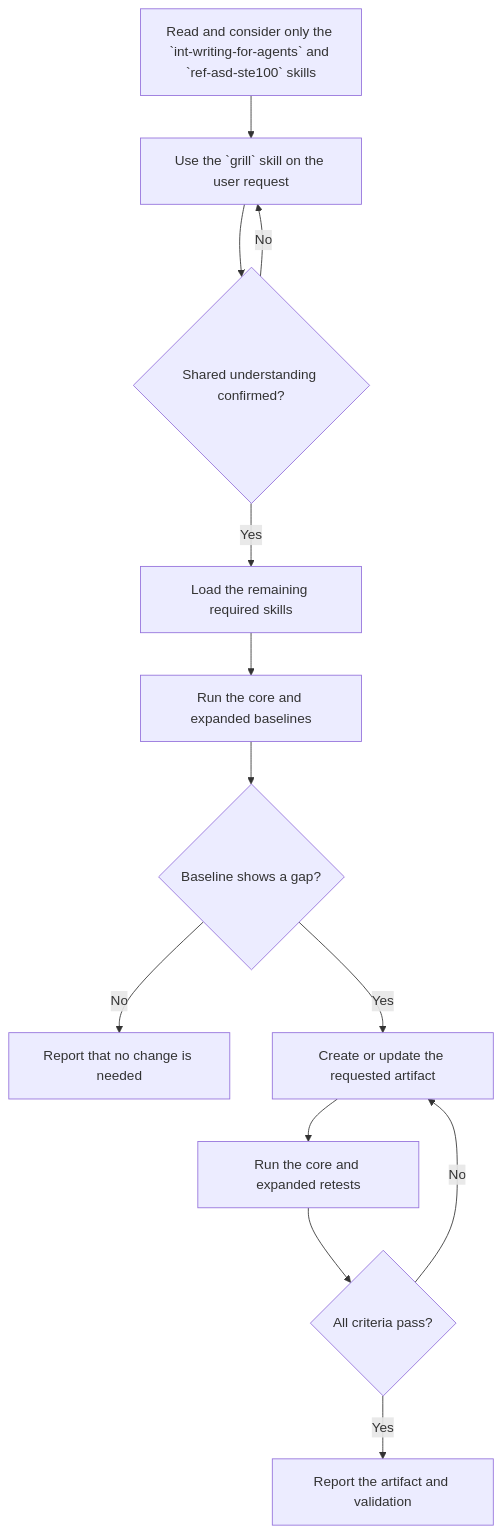
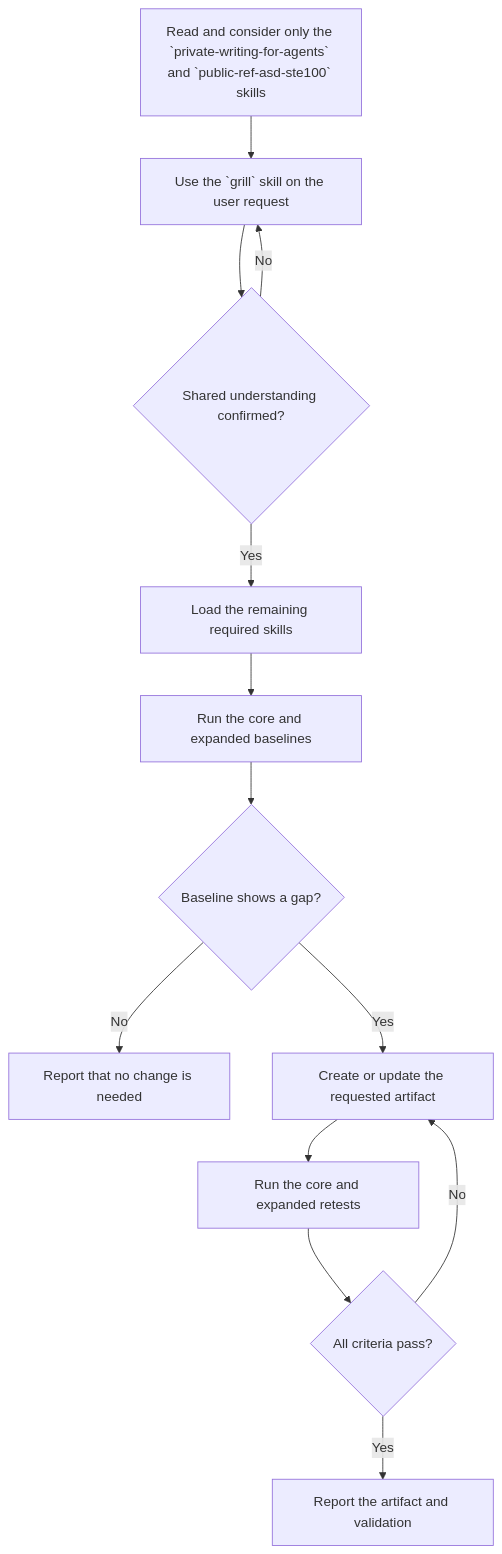
One commit to UseTheFork/spindle changed the diagram in .github/skills/author-agent/SKILL.md. Above: the diagram before and after it, drawn with Mermaid. The commit also changed other lines of this file and 117 other files, not shown here.

````diff
--- a/.github/skills/author-agent/SKILL.md
+++ b/.github/skills/author-agent/SKILL.md
@@ -16,16 +16,16 @@
 ```mermaid
 flowchart TD
-    A["Read and consider only the `int-writing-for-agents` and `ref-asd-ste100` skills"]
+    A["Read and consider only the `private-writing-for-agents` and `public-ref-asd-ste100` skills"]
     A --> B["Use the `grill` skill on the user request"]
     B --> C{"Shared understanding confirmed?"}
     C -- "No" --> B
     C -- "Yes" --> D["Load the remaining required skills"]
     D --> E["Run the core and expanded baselines"]
     E --> F{"Baseline shows a gap?"}
     F -- "No" --> J["Report that no change is needed"]
     F -- "Yes" --> G["Create or update the requested artifact"]
     G --> H["Run the core and expanded retests"]
     H --> I{"All criteria pass?"}
     I -- "No" --> G
     I -- "Yes" --> K["Report the artifact and validation"]
 ```
````
